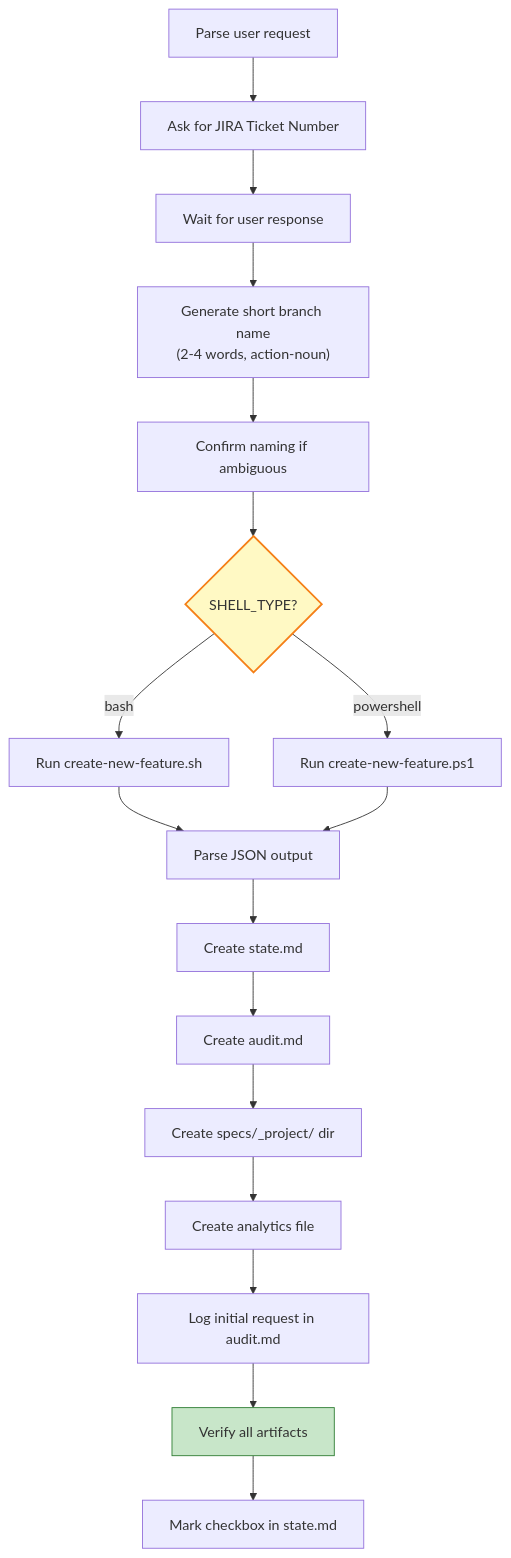
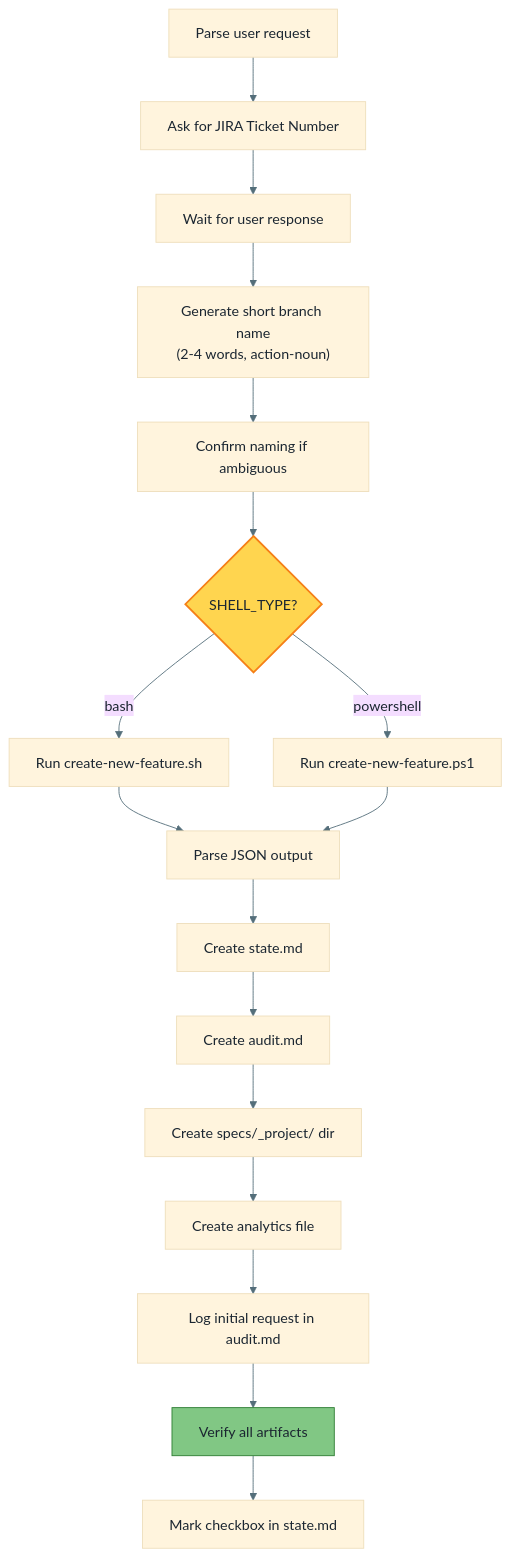
The fifth of 26 diagrams in docs/WORKFLOW-FULL-DETAILED.md (premkumarjanagarajan/fluid-flow-ai), drawn with Mermaid before and after one commit. The commit also changed other lines of this file, not shown here.

First line of the commit message:
Fix mermaid diagram colors for dark/light theme compatibility

````diff
--- a/docs/WORKFLOW-FULL-DETAILED.md
+++ b/docs/WORKFLOW-FULL-DETAILED.md
@@ -233,22 +247,23 @@
 ```mermaid
+%%{init: {'theme': 'base', 'themeVariables': {'primaryTextColor': '#1B2631', 'lineColor': '#546E7A', 'textColor': '#1B2631'}}}%%
 flowchart TD
     A["Parse user request"] --> B["Ask for JIRA Ticket Number"]
     B --> C["Wait for user response"]
     C --> D["Generate short branch name<br/>(2-4 words, action-noun)"]
     D --> E["Confirm naming if ambiguous"]
     E --> F{"SHELL_TYPE?"}
     F -->|bash| G["Run create-new-feature.sh"]
     F -->|powershell| H["Run create-new-feature.ps1"]
     G --> I["Parse JSON output"]
     H --> I
     I --> J["Create state.md"]
     J --> K["Create audit.md"]
     K --> L["Create specs/_project/ dir"]
     L --> M["Create analytics file"]
     M --> N["Log initial request in audit.md"]
     N --> O["Verify all artifacts"]
     O --> P["Mark checkbox in state.md"]
 
-    style F fill:#FFF9C4,stroke:#F57F17,stroke-width:2px
-    style O fill:#C8E6C9,stroke:#2E7D32
+    style F fill:#FFD54F,stroke:#F57F17,stroke-width:2px
+    style O fill:#81C784,stroke:#2E7D32
 ```
````
